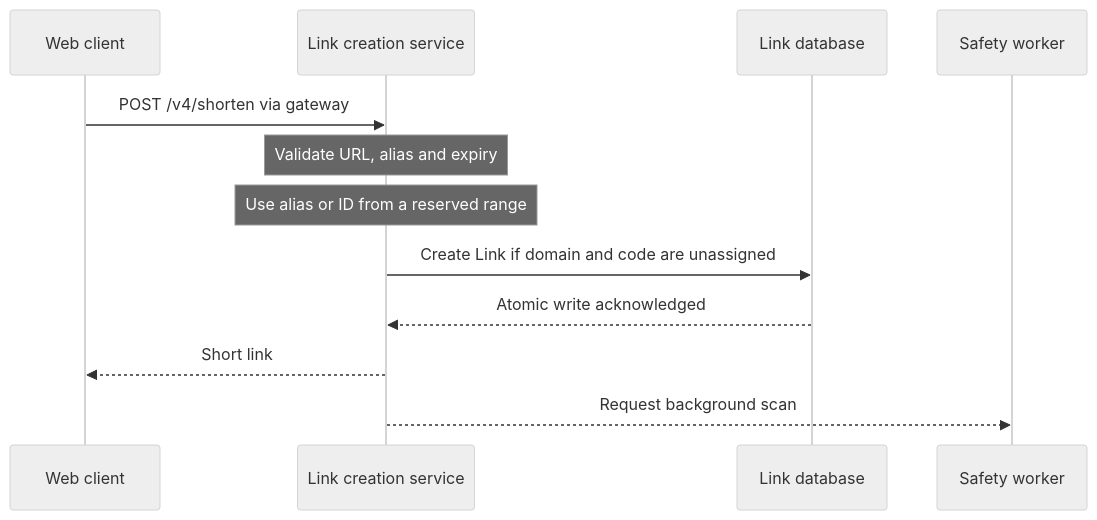
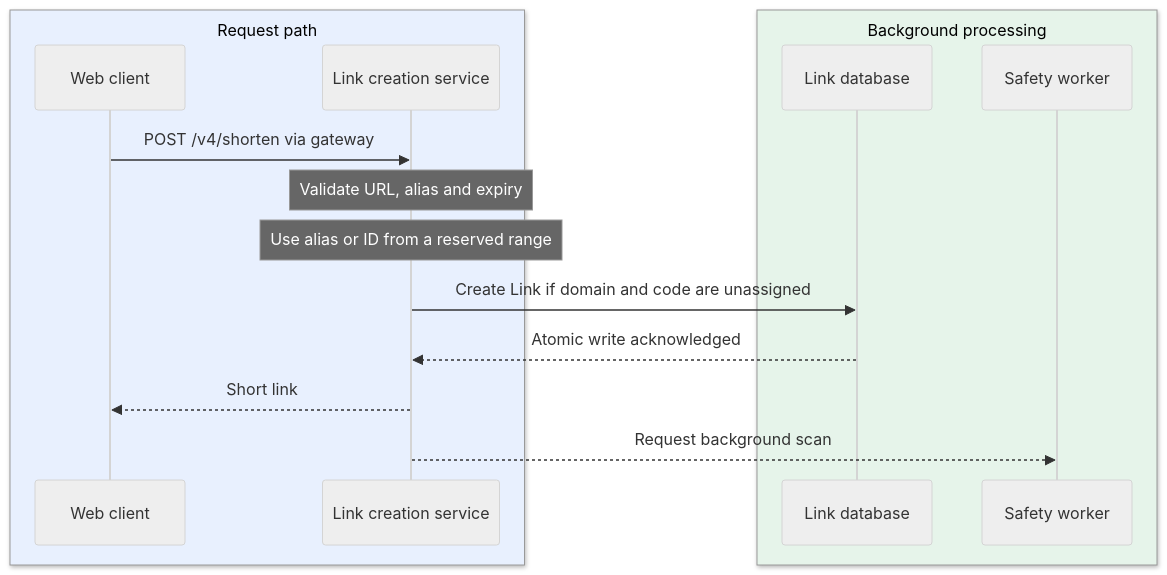
One commit to iliazlobin/iliazlobin.github.io changed the second of 6 diagrams in _designs/system-design-bitly-url-shortener.md. Above: the diagram before and after it, drawn with Mermaid (neutral theme). The commit also changed other lines of this file and 20 other files, not shown here.

Commit message:
Improve design flows, tradeoffs, and technology references

````diff
--- a/_designs/system-design-bitly-url-shortener.md
+++ b/_designs/system-design-bitly-url-shortener.md
@@ -235,14 +244,18 @@
 ```mermaid
 sequenceDiagram
-    participant W as Web client
-    participant S as Link creation service
-    participant D as Link database
-    participant B as Safety worker
+  box rgb(232,240,254) Request path
+  participant W as Web client
+  participant S as Link creation service
+  end
+  box rgb(230,244,234) Background processing
+  participant D as Link database
+  participant B as Safety worker
+  end
     W->>S: POST /v4/shorten via gateway
     Note over S: Validate URL, alias and expiry
     Note over S: Use alias or ID from a reserved range
     S->>D: Create Link if domain and code are unassigned
     D-->>S: Atomic write acknowledged
     S-->>W: Short link
     S-->>B: Request background scan
 ```
````
